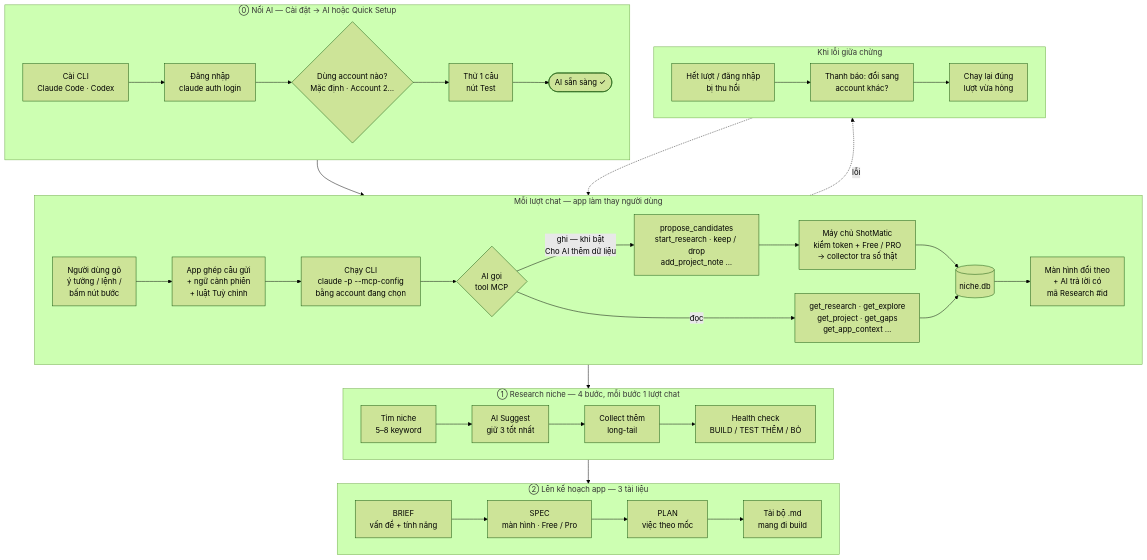
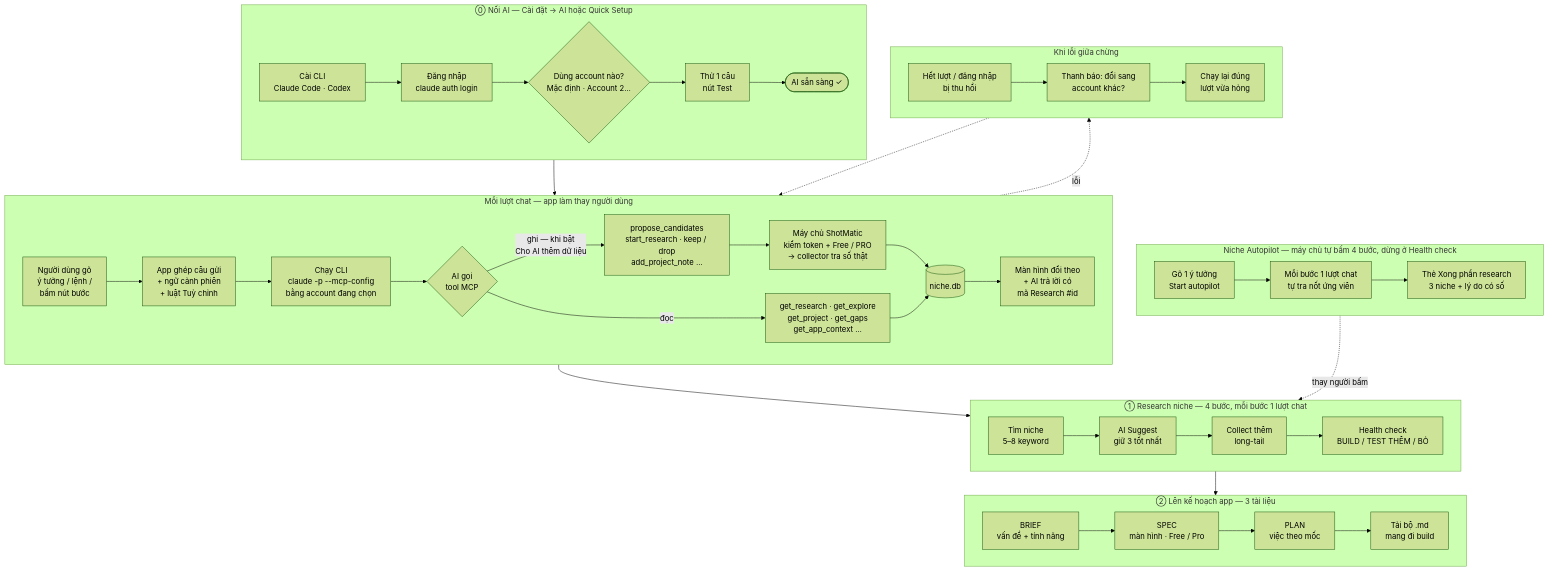
The second of 2 diagrams in docs/so-do-app.md (nvminhtu/niche-radar-docs), drawn with Mermaid (forest theme) before and after one commit. The commit also changed other lines of this file and 11 other files, not shown here.

````diff
--- a/docs/so-do-app.md
+++ b/docs/so-do-app.md
@@ -94,44 +94,50 @@
 ```mermaid
 flowchart TB
   subgraph S0[" ⓪ Nối AI — Cài đặt → AI hoặc Quick Setup "]
     direction LR
     I1[Cài CLI<br/>Claude Code · Codex] --> I2[Đăng nhập<br/>claude auth login]
     I2 --> I3{Dùng account nào?<br/>Mặc định · Account 2…}
     I3 --> I4[Thử 1 câu<br/>nút Test]
     I4 --> READY([AI sẵn sàng ✓])
   end
 
   subgraph TURN[" Mỗi lượt chat — app làm thay người dùng "]
     direction LR
     Q[Người dùng gõ<br/>ý tưởng / lệnh /<br/>bấm nút bước] --> CTX[App ghép câu gửi<br/>+ ngữ cảnh phiên<br/>+ luật Tuỳ chỉnh]
     CTX --> RUN[Chạy CLI<br/>claude -p --mcp-config<br/>bằng account đang chọn]
     RUN --> T{AI gọi<br/>tool MCP}
     T -->|đọc| RT[get_research · get_explore<br/>get_project · get_gaps<br/>get_app_context …]
     T -->|ghi — khi bật<br/>Cho AI thêm dữ liệu| WT[propose_candidates<br/>start_research · keep / drop<br/>add_project_note …]
     WT --> SV[Máy chủ ShotMatic<br/>kiểm token + Free / PRO<br/>→ collector tra số thật]
     SV --> DBX[(niche.db)]
     RT --> DBX
     DBX --> LIVE[Màn hình đổi theo<br/>+ AI trả lời có<br/>mã Research #id]
   end
 
   subgraph ERR[" Khi lỗi giữa chừng "]
     direction LR
     E1[Hết lượt / đăng nhập<br/>bị thu hồi] --> E2[Thanh báo: đổi sang<br/>account khác?] --> E3[Chạy lại đúng<br/>lượt vừa hỏng]
   end
 
   subgraph S1[" ① Research niche — 4 bước, mỗi bước 1 lượt chat "]
     direction LR
     F1[Tìm niche<br/>5–8 keyword] --> F2[AI Suggest<br/>giữ 3 tốt nhất] --> F3[Collect thêm<br/>long-tail] --> F4[Health check<br/>BUILD / TEST THÊM / BỎ]
   end
 
+  subgraph AUTO[" Niche Autopilot — máy chủ tự bấm 4 bước, dừng ở Health check "]
+    direction LR
+    A1[Gõ 1 ý tưởng<br/>Start autopilot] --> A2[Mỗi bước 1 lượt chat<br/>tự tra nốt ứng viên] --> A3[Thẻ Xong phần research<br/>3 niche + lý do có số]
+  end
+
   subgraph S2[" ② Lên kế hoạch app — 3 tài liệu "]
     direction LR
     D1[BRIEF<br/>vấn đề + tính năng] --> D2[SPEC<br/>màn hình · Free / Pro] --> D3[PLAN<br/>việc theo mốc] --> D4[Tải bộ .md<br/>mang đi build]
   end
 
   S0 --> TURN
   TURN -.->|lỗi| ERR
   ERR -.-> TURN
   TURN --> S1
+  AUTO -.->|thay người bấm| S1
   S1 --> S2
 ```
````
